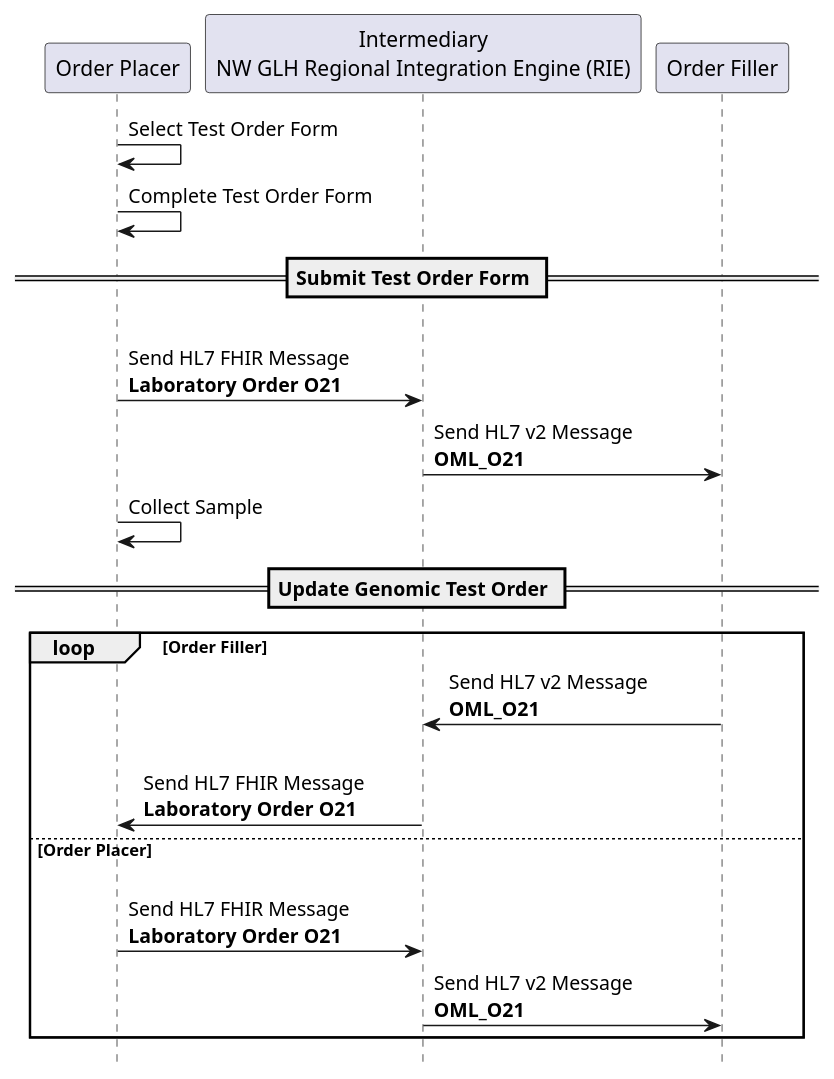
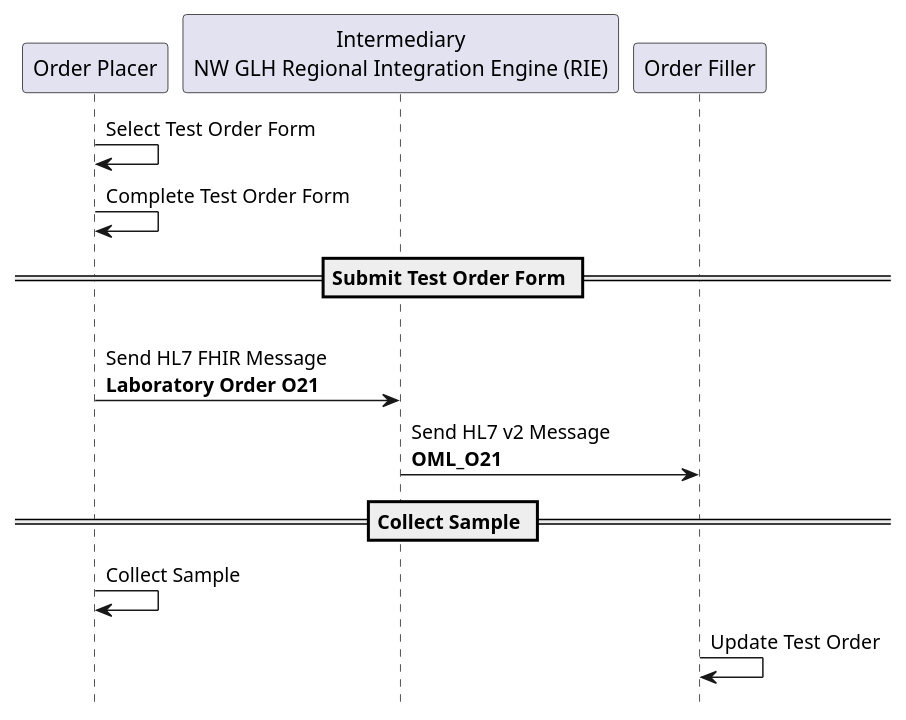
Before and after one commit to nw-gmsa/nw-gmsa.github.com: the diagram in input/images-source/LTW-usecase-1-sequence.plantuml, drawn with PlantUML. The commit also changed 14 other files, not shown here.

```diff
--- a/input/images-source/LTW-usecase-1-sequence.plantuml
+++ b/input/images-source/LTW-usecase-1-sequence.plantuml
@@ -1,27 +1,21 @@
 @startuml
 
 hide footbox
 
 participant "Order Placer" as EPR
 participant "Intermediary\nNW GLH Regional Integration Engine (RIE)" as TIE
 participant "Order Filler" as LIMS
 
 EPR -> EPR: Select Test Order Form
 EPR -> EPR: Complete Test Order Form
 
 == Submit Test Order Form ==
 EPR -> TIE: \nSend HL7 FHIR Message\n**Laboratory Order O21**
 TIE -> LIMS: Send HL7 v2 Message\n**OML_O21**
 
+
+== Collect Sample ==
 EPR -> EPR: Collect Sample
-
-== Update Genomic Test Order ==
-loop Order Filler
-LIMS -> TIE : Send HL7 v2 Message\n**OML_O21**
-TIE -> EPR  : \nSend HL7 FHIR Message\n**Laboratory Order O21**
-else Order Placer
-EPR -> TIE: \nSend HL7 FHIR Message\n**Laboratory Order O21**
-TIE -> LIMS: Send HL7 v2 Message\n**OML_O21**
-end
+LIMS -> LIMS: Update Test Order
 
 @enduml
```
